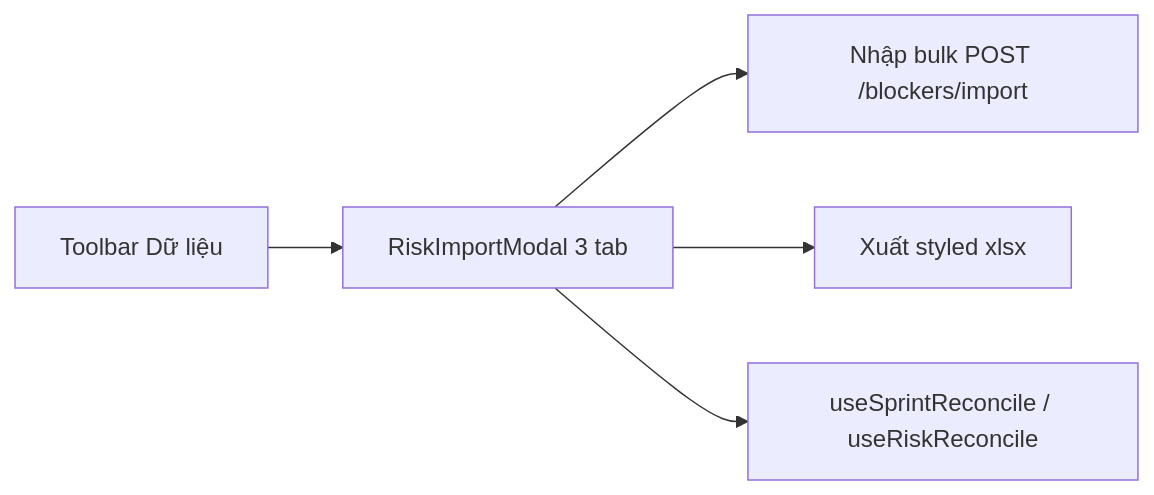
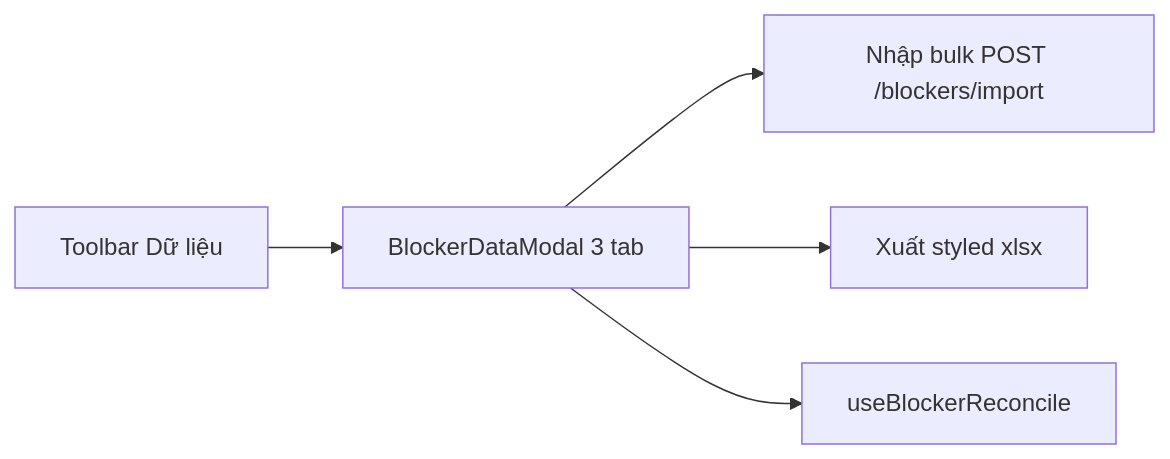
The eighth of 11 diagrams in docs/FLOWS_AND_DOCS_MAP.md (EasyToBuildWithKane/va-qlda), drawn with Mermaid before and after one commit. The commit also changed other lines of this file and 98 other files, not shown here.

````diff
--- a/docs/FLOWS_AND_DOCS_MAP.md
+++ b/docs/FLOWS_AND_DOCS_MAP.md
@@ -222,7 +222,7 @@
 ```mermaid
 flowchart LR
-  T[Toolbar Dữ liệu] --> M[RiskImportModal 3 tab]
+  T[Toolbar Dữ liệu] --> M[BlockerDataModal 3 tab]
   M --> I[Nhập bulk POST /blockers/import]
   M --> E[Xuất styled xlsx]
-  M --> R[useSprintReconcile / useRiskReconcile]
+  M --> R[useBlockerReconcile]
 ```
````
